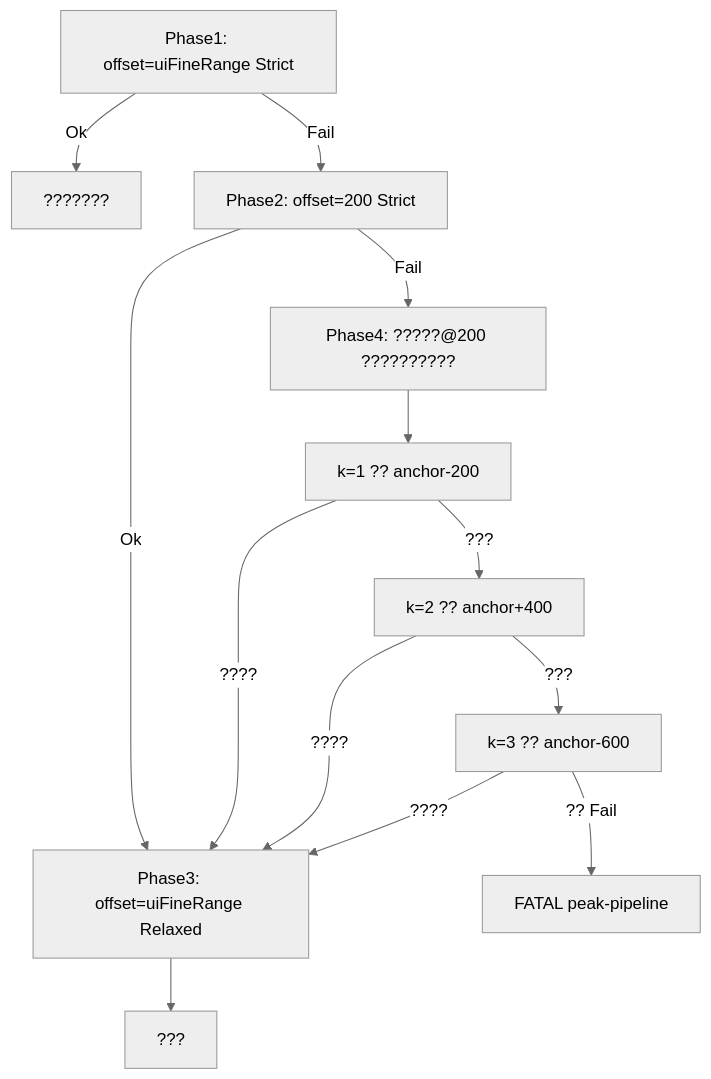
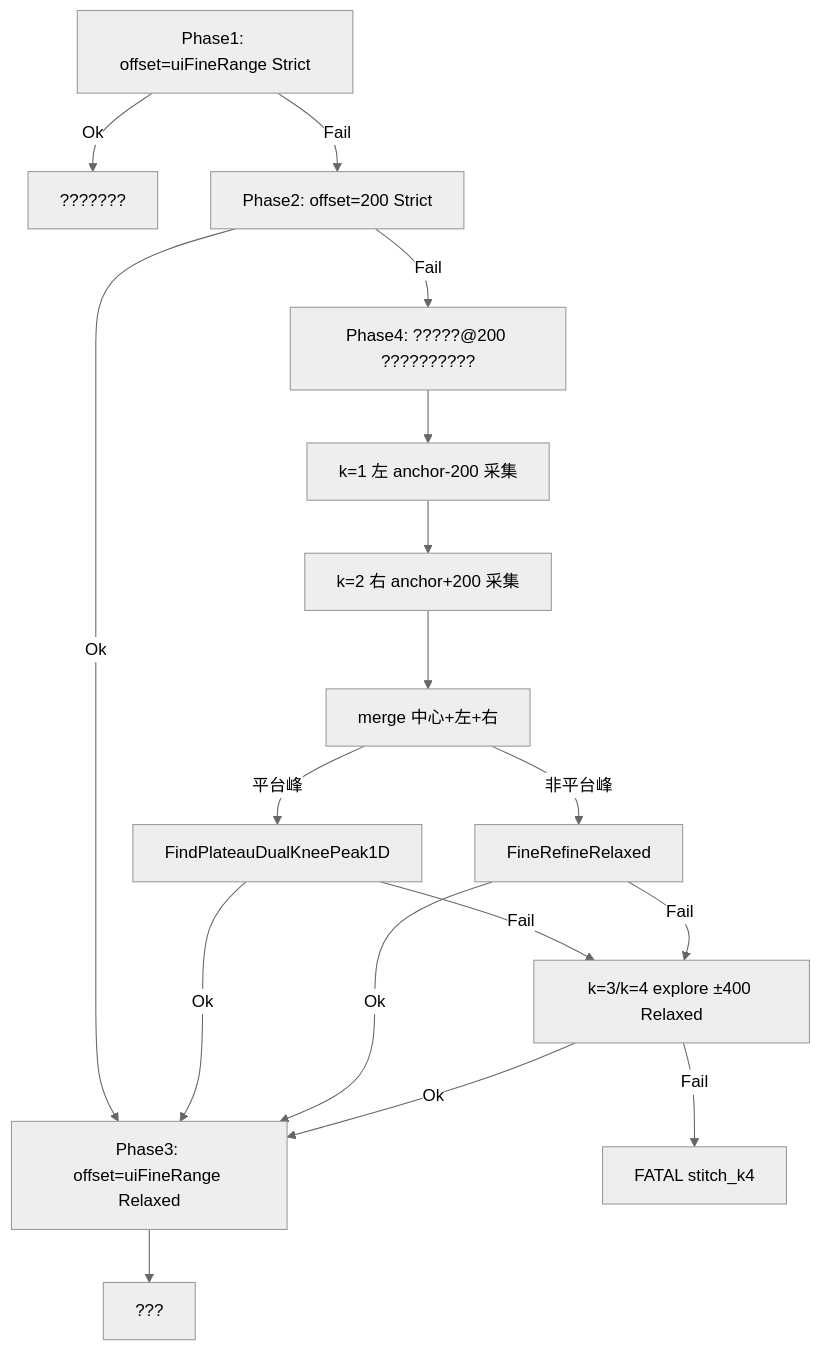
Before and after one commit to JacobLiou/Molex.OSBU.Module.M576Tool: the third of 4 diagrams in M576Calibrator/Docs/PeakFinder.md, drawn with Mermaid (neutral theme). The commit also changed other lines of this file and 8 other files, not shown here.

````diff
--- a/M576Calibrator/Docs/PeakFinder.md
+++ b/M576Calibrator/Docs/PeakFinder.md
@@ -170,15 +170,19 @@
 ```mermaid
 flowchart TD
   A["Phase1: offset=uiFineRange Strict"] -->|Ok| OK64[???????]
   A -->|Fail| B["Phase2: offset=200 Strict"]
   B -->|Ok| C["Phase3: offset=uiFineRange Relaxed"]
   C --> OKfine[???]
   B -->|Fail| D["Phase4: ?????@200 ??????????"]
-  D --> S1["k=1 ?? anchor-200"]
-  S1 -->|????| C
-  S1 -->|???| S2["k=2 ?? anchor+400"]
-  S2 -->|????| C
-  S2 -->|???| S3["k=3 ?? anchor-600"]
-  S3 -->|????| C
-  S3 -->|?? Fail| FAIL["FATAL peak-pipeline"]
+  D --> S1["k=1 左 anchor-200 采集"]
+  S1 --> S2["k=2 右 anchor+200 采集"]
+  S2 --> MERGE["merge 中心+左+右"]
+  MERGE -->|平台峰| DK["FindPlateauDualKneePeak1D"]
+  MERGE -->|非平台峰| RL["FineRefineRelaxed"]
+  DK -->|Ok| C
+  RL -->|Ok| C
+  DK -->|Fail| E1["k=3/k=4 explore ±400 Relaxed"]
+  RL -->|Fail| E1
+  E1 -->|Ok| C
+  E1 -->|Fail| FAIL["FATAL stitch_k4"]
 ```
````
